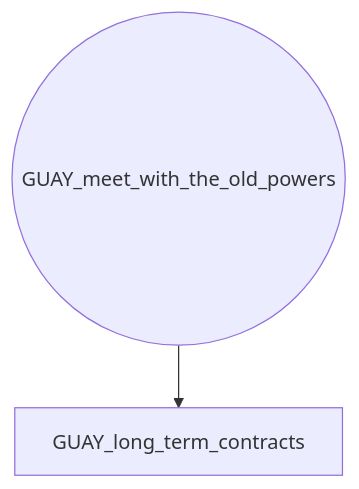
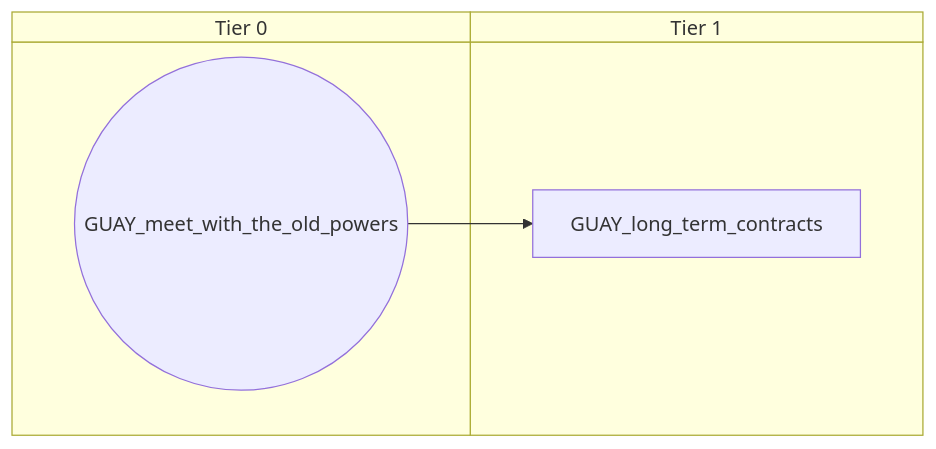
Before and after one commit to evgeny-sobol/hoi4-sandbox-mode-r56: the fifth of 7 diagrams in docs/gdd/National Focuses/paraguay_uruguay_shared_branch.md, drawn with Mermaid. The commit also changed other lines of this file and 423 other files, not shown here.

First line of the commit message:
Re-export Rt56 focus trees as swimlane diagrams

````diff
--- a/docs/gdd/National Focuses/paraguay_uruguay_shared_branch.md
+++ b/docs/gdd/National Focuses/paraguay_uruguay_shared_branch.md
@@ -132,6 +172,10 @@
 ```mermaid
-flowchart TD
-    n35["GUAY_long_term_contracts"]
-    n36(("GUAY_meet_with_the_old_powers"))
-    n36 --> n35
+swimlane-beta TD
+    subgraph tier_0["Tier 0"]
+        n35(("GUAY_meet_with_the_old_powers"))
+    end
+    subgraph tier_1["Tier 1"]
+        n36["GUAY_long_term_contracts"]
+    end
+    n35 --> n36
 ```
````
